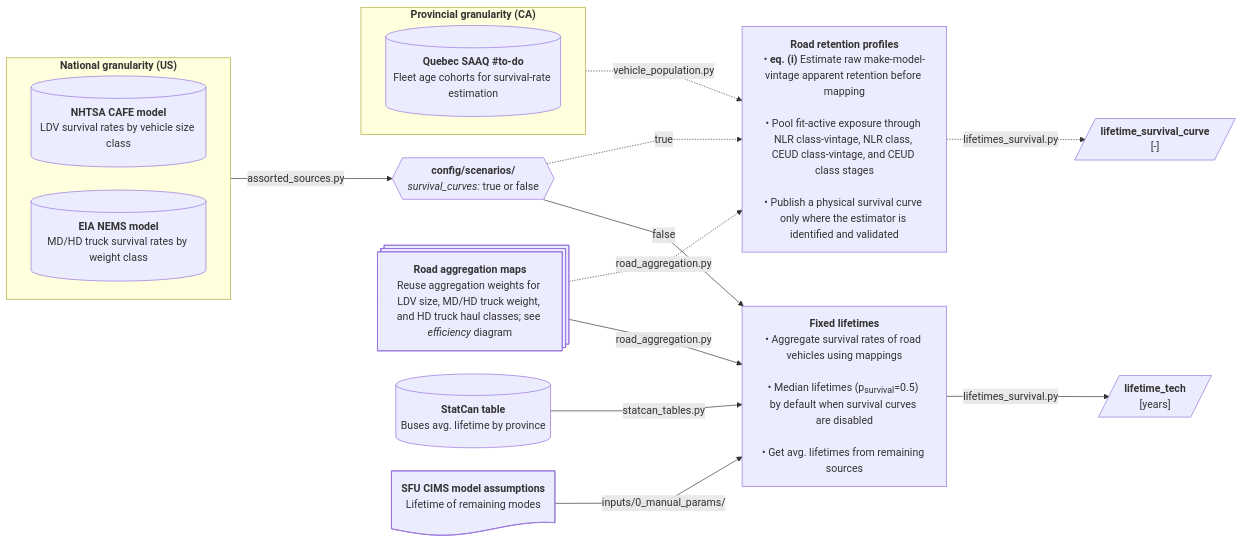
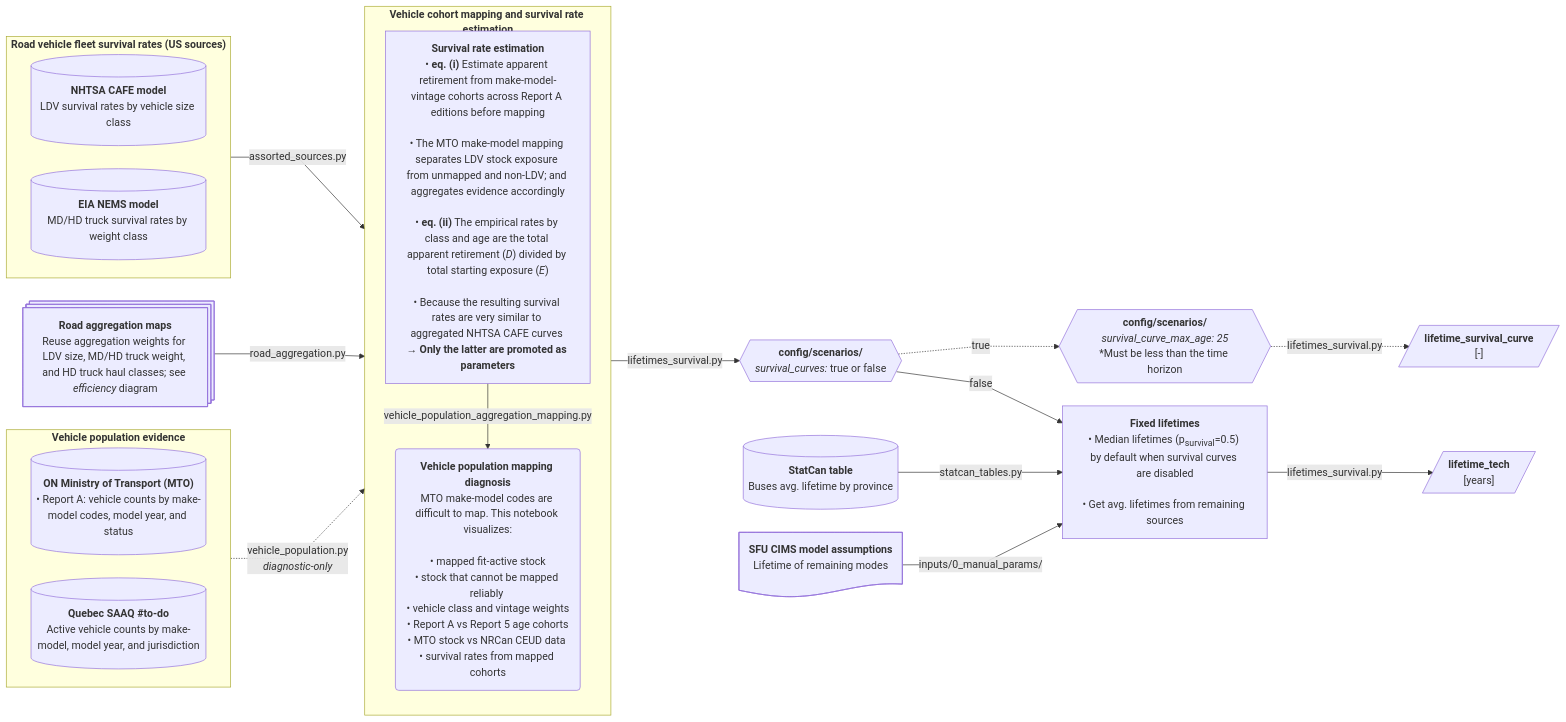
One commit to CANOE-main/canoe-transportation changed the fifth of 12 diagrams in docs/etl_flowcharts.md. Above: the diagram before and after it, drawn with Mermaid. The commit also changed other lines of this file and 23 other files, not shown here.

First line of the commit message:
Finalize transportation architecture, lifetime diagnostics, and vehicle mappings

````diff
--- a/docs/etl_flowcharts.md
+++ b/docs/etl_flowcharts.md
@@ -207,52 +237,74 @@
 ```mermaid
 ---
 config:
   layout: dagre
   flowchart:
     nodeSpacing: 35
     rankSpacing: 50
     wrappingWidth: 250
     curve: linear
 ---
 flowchart LR
   %% --- Sources ---
-  subgraph national["`**National granularity (US)**`"]
+  subgraph survival["`**Road vehicle fleet survival rates (US sources)**`"]
     direction LR
     s2[("`**NHTSA CAFE model**<br>LDV survival rates by vehicle size class`")]
     s3[("`**EIA NEMS model**<br>MD/HD truck survival rates by weight class`")]
   end
-  subgraph provincial["`**Provincial granularity (CA)**`"]
-    direction LR
-    s1[("`**Quebec SAAQ #to-do**<br>Fleet age cohorts for survival-rate estimation`")]
+
+  subgraph population["`**Vehicle population evidence**`"]
+  direction LR
+    s0[("`**ON Ministry of Transport (MTO)**<br>• Report A: vehicle counts by make-model codes, model year, and status`")]
+    s1[("`**Quebec SAAQ #to-do**<br>Active vehicle counts by make-model, model year, and jurisdiction`")]
   end
+  
+  s6@{shape: processes, label: "**Road aggregation maps**<br>Reuse aggregation weights for LDV size, MD/HD truck weight, and HD truck haul classes; see *efficiency* diagram"}
 
   %% --- Processes ---
+  subgraph age["`**Vehicle cohort mapping and survival rate estimation**`"]
+    direction TB
+    p0["`**Survival rate estimation**
+    • **eq. (i)** Estimate apparent retirement from make-model-vintage cohorts across Report A editions before mapping<br>
+    • The MTO make-model mapping separates LDV stock exposure from unmapped and non-LDV; and aggregates evidence accordingly<br>
+    • **eq. (ii)** The empirical rates by class and age are the total apparent retirement (*D*) divided by total starting exposure (*E*)<br>
+    • Because the resulting survival rates are very similar to aggregated NHTSA CAFE curves → **Only the latter are promoted as parameters**`"]
+
+    p0_2("`**Vehicle population mapping diagnosis**`"
+    MTO make-model codes are difficult to map. This notebook visualizes:<br>
+    • mapped fit-active stock
+    • stock that cannot be mapped reliably 
+    • vehicle class and vintage weights
+    • Report A vs Report 5 age cohorts
+    • MTO stock vs NRCan CEUD data 
+    • survival rates from mapped cohorts)
+    p0 -- vehicle_population_aggregation_mapping.py --> p0_2
+  end
+  survival -- "assorted_sources.py" --> age
+  s0 -. "`vehicle_population.py<br>*diagnostic-only*`" .-> age
+  s6 -- road_aggregation.py --> age
+
   p1@{shape: hex, label: "**config/scenarios/**<br>*survival_curves:* true or false"}
-  provincial -. "vehicle_population.py" .-> p2
-  national -- assorted_sources.py --> p1
+  age -- lifetimes_survival.py --> p1
 
-  s6@{shape: processes, label: "**Road aggregation maps**<br>Reuse aggregation weights for LDV size, MD/HD truck weight, and HD truck haul classes; see *efficiency* diagram"}
   s4[("`**StatCan table**<br>Buses avg. lifetime by province`")]
   s5@{shape: doc, label: "**SFU CIMS model assumptions**<br>Lifetime of remaining modes"}
 
-  p2["`**Road retention profiles**<br>• **eq. (i)** Estimate raw make-model-vintage apparent retention before mapping<br><br>• Pool fit-active exposure through NLR class-vintage, NLR class, CEUD class-vintage, and CEUD class stages<br><br>• Publish a physical survival curve only where the estimator is identified and validated`"]
+  p2@{shape: hex, label: "**config/scenarios/**<br>*survival_curve_max_age: 25*<br>*Must be less than the time horizon"}
   p1 -. true .-> p2
-  s6 -. "road_aggregation.py" .-> p2
 
-  p3["`**Fixed lifetimes**<br>• Aggregate survival rates of road vehicles using mappings<br><br>• Median lifetimes (p<sub>survival</sub>=0.5) by default when survival curves are disabled<br><br>• Get avg. lifetimes from remaining sources`"]
+  p3["`**Fixed lifetimes**<br>• Median lifetimes (p<sub>survival</sub>=0.5) by default when survival curves are disabled<br><br>• Get avg. lifetimes from remaining sources`"]
   p1 -- false --> p3
-  s6 -- road_aggregation.py --> p3
   s4 -- statcan_tables.py --> p3
   s5 -- inputs/0_manual_params/ --> p3
 
   p2 -. "lifetimes_survival.py" .-> o1[/"`**lifetime_survival_curve**<br>[-]`"/]
   p3 -- lifetimes_survival.py --> o2[/"`**lifetime_tech**<br>[years]`"/]
 
   %% --- Hyperlinks ---
   click s0 "https://data.ontario.ca/dataset/vehicle-population-data"
   click s1 "https://www.donneesquebec.ca/recherche/dataset/vehicules-en-circulation"
   click s2 "https://www.nhtsa.gov/file-downloads?p=nhtsa/downloads/CAFE/2024-FRM-LD-2b3-2027-2035/Central-Analysis/"
   click s3 "https://github.com/EIAgov/NEMS/blob/main/input/tdm/trnhdvx.xlsx"
   click s4 "https://doi.org/10.25318/3410025401-eng"
   click s5 "https://github.com/EMRG-SFU/cims-models/tree/main/sources/sectors"
 ```
````
